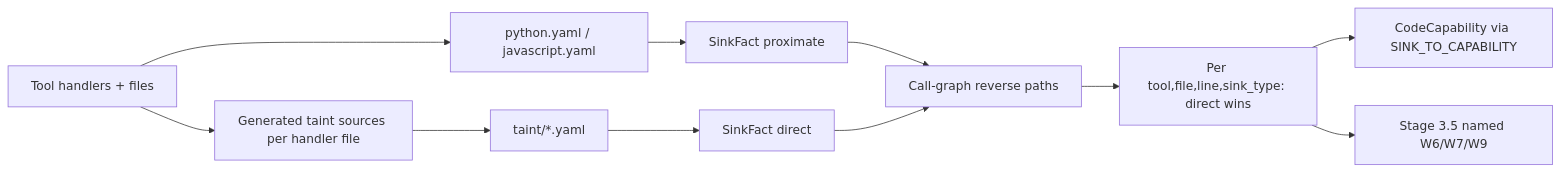
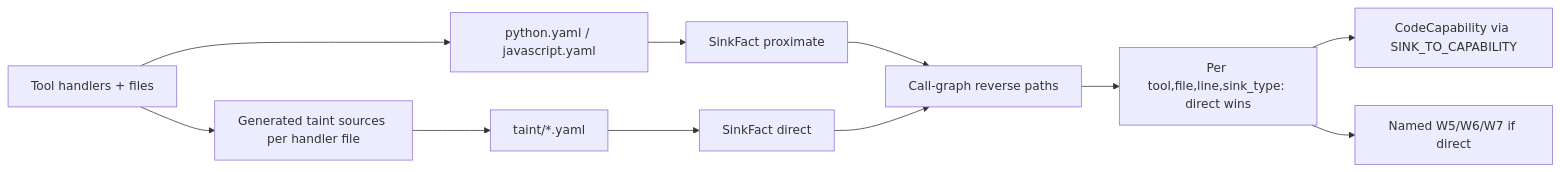
Before and after one commit to sanjayriram44/MCPAegis: the third of 6 diagrams in README.md, drawn with Mermaid. The commit also changed other lines of this file and 3 other files, not shown here.

````diff
--- a/README.md
+++ b/README.md
@@ -273,13 +266,13 @@
 ```mermaid
 flowchart LR
   Tools["Tool handlers + files"] --> Pat["python.yaml / javascript.yaml"]
   Tools --> Gen["Generated taint sources per handler file"]
   Gen --> Taint["taint/*.yaml"]
   Pat --> Prox["SinkFact proximate"]
   Taint --> Dir["SinkFact direct"]
   Prox --> Attr["Call-graph reverse paths"]
   Dir --> Attr
   Attr --> Merge["Per tool,file,line,sink_type: direct wins"]
   Merge --> Caps["CodeCapability via SINK_TO_CAPABILITY"]
-  Merge --> Inj["Stage 3.5 named W6/W7/W9"]
+  Merge --> Inj["Named W5/W6/W7 if direct"]
 ```
````
